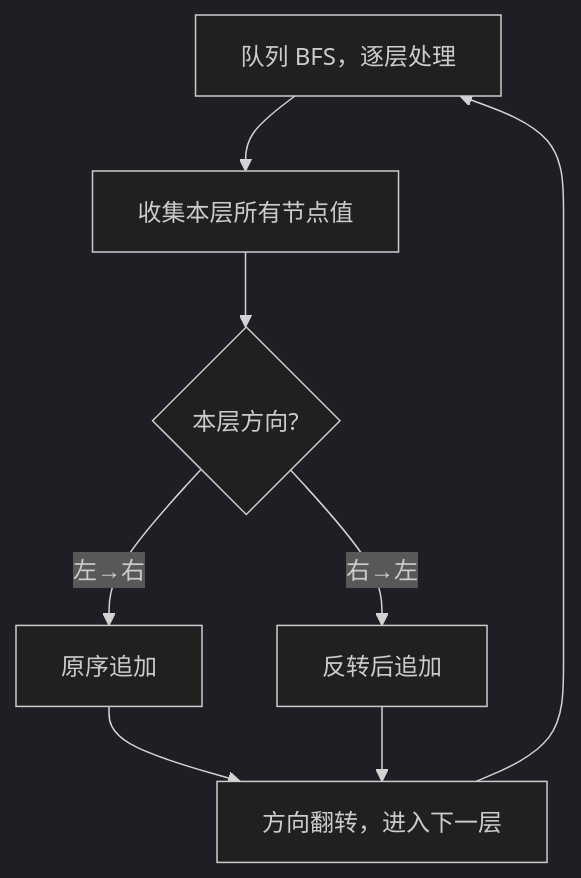
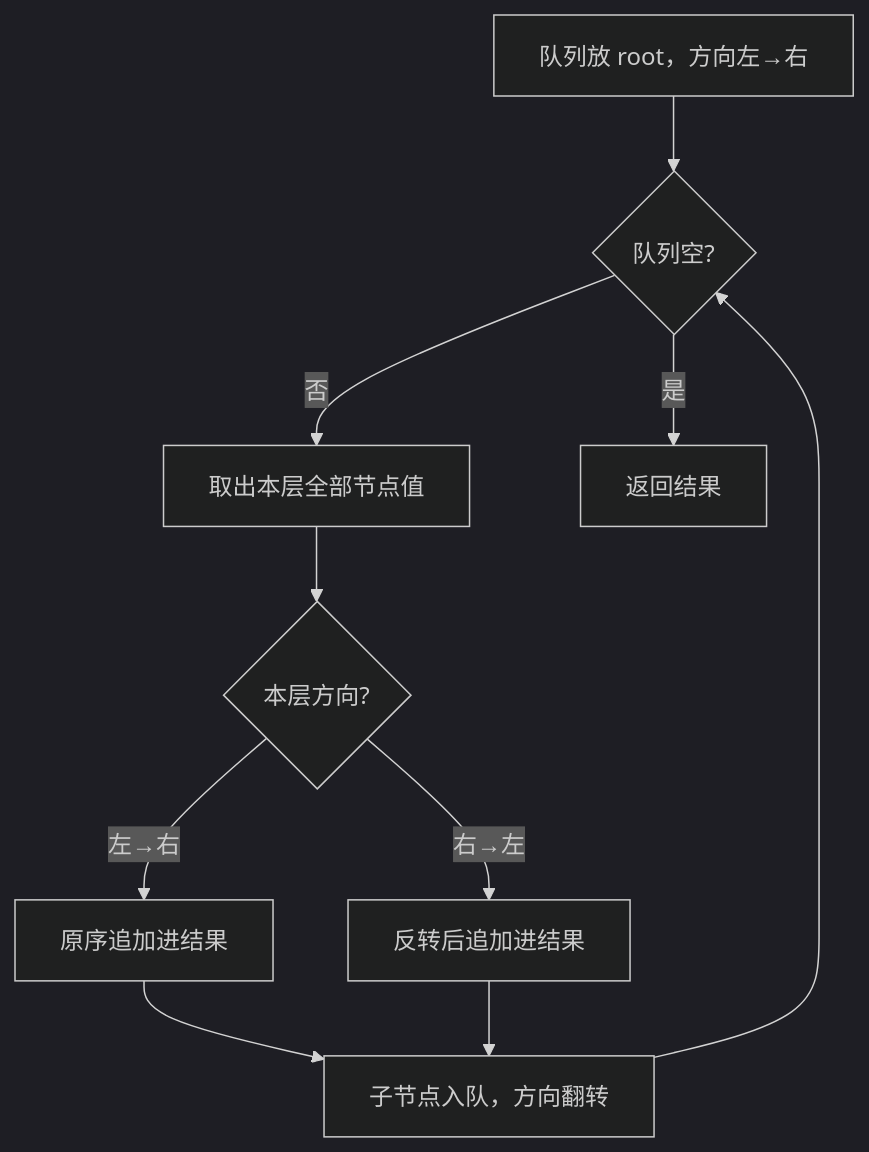
One commit to OctalZero/hot100-py changed the first of 2 diagrams in 19-大厂加餐/字节加餐/0103-二叉树的锯齿形层序遍历.md. Above: the diagram before and after it, drawn with Mermaid (dark theme). The commit also changed other lines of this file and 117 other files, not shown here.

First line of the commit message:
feat: 全题解配图升级为「动画式 mermaid」（总览骨架 + 横向时间线逐步推演）

````diff
--- a/19-大厂加餐/字节加餐/0103-二叉树的锯齿形层序遍历.md
+++ b/19-大厂加餐/字节加餐/0103-二叉树的锯齿形层序遍历.md
@@ -24,10 +24,12 @@
 ```mermaid
 flowchart TD
-    A["队列 BFS，逐层处理"] --> B["收集本层所有节点值"]
-    B --> C{"本层方向?"}
-    C -- "左→右" --> D["原序追加"]
-    C -- "右→左" --> E["反转后追加"]
-    D --> F["方向翻转，进入下一层"]
-    E --> F
-    F --> A
+    A["队列放 root，方向左→右"] --> B{"队列空?"}
+    B -->|"否"| C["取出本层全部节点值"]
+    C --> D{"本层方向?"}
+    D -->|"左→右"| E["原序追加进结果"]
+    D -->|"右→左"| F["反转后追加进结果"]
+    E --> G["子节点入队，方向翻转"]
+    F --> G
+    G --> B
+    B -->|"是"| H["返回结果"]
 ```
````
